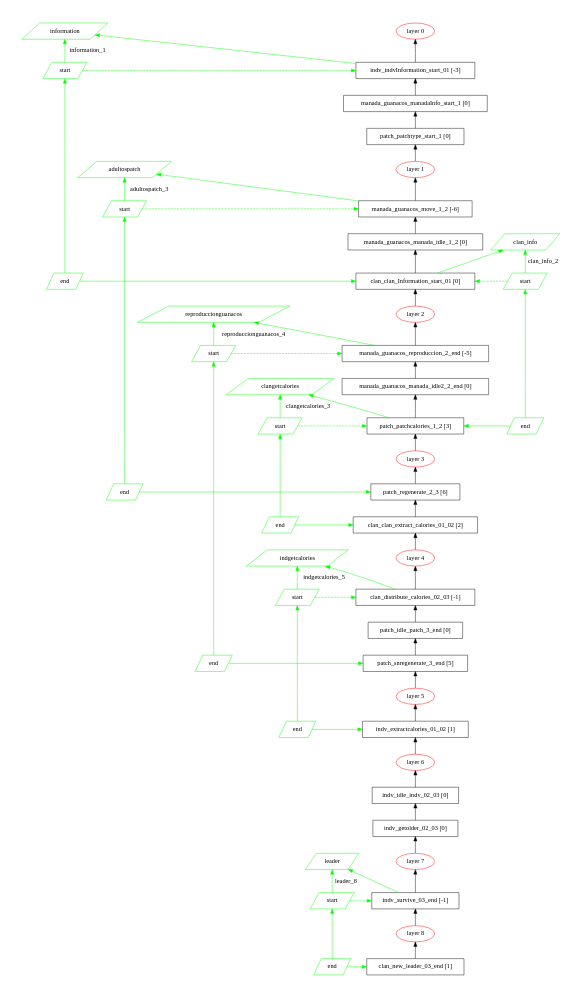
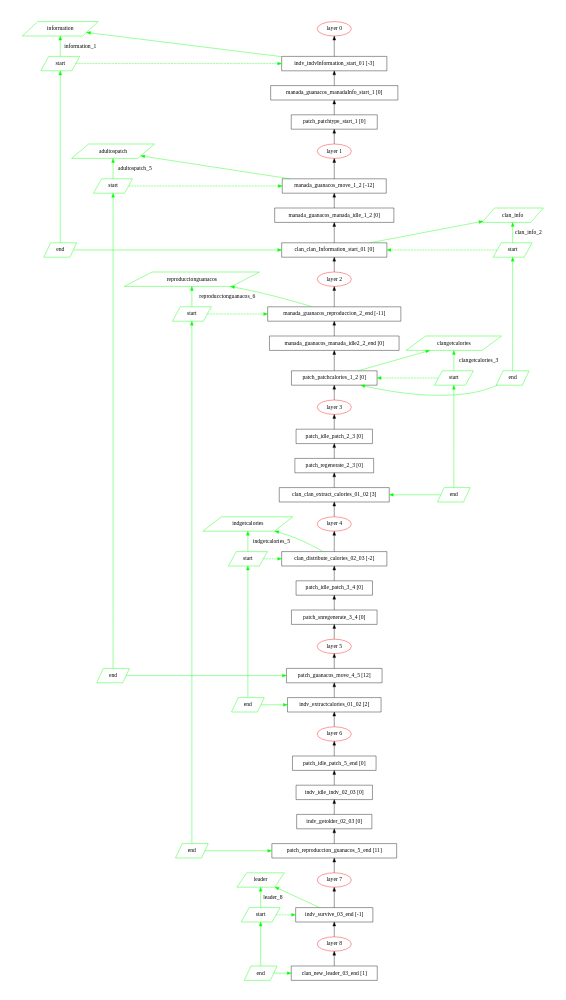
The diagram in process_order_graph.dot (andresroro/patagonia), drawn with Graphviz before and after one commit. The commit also changed 32 other files, not shown here.

```diff
--- a/process_order_graph.dot
+++ b/process_order_graph.dot
@@ -1,129 +1,137 @@
 digraph communication_graph {
 	rankdir=BT;
 	size="8,5;"
 	layer_0 [ color="#ff0000" label="layer 0"];
 	indv_indvInformation_start_01 [ shape = rect label="indv_indvInformation_start_01 [-3]" ];
 	indv_indvInformation_start_01 -> layer_0;
 	manada_guanacos_manadaInfo_start_1 [ shape = rect label="manada_guanacos_manadaInfo_start_1 [0]" ];
 	manada_guanacos_manadaInfo_start_1 -> indv_indvInformation_start_01;
 	patch_patchtype_start_1 [ shape = rect label="patch_patchtype_start_1 [0]" ];
 	patch_patchtype_start_1 -> manada_guanacos_manadaInfo_start_1;
 	layer_1 [ color="#ff0000" label="layer 1"];
 	layer_1 ->patch_patchtype_start_1;
-	manada_guanacos_move_1_2 [ shape = rect label="manada_guanacos_move_1_2 [-6]" ];
+	manada_guanacos_move_1_2 [ shape = rect label="manada_guanacos_move_1_2 [-12]" ];
 	manada_guanacos_move_1_2 -> layer_1;
 	manada_guanacos_manada_idle_1_2 [ shape = rect label="manada_guanacos_manada_idle_1_2 [0]" ];
 	manada_guanacos_manada_idle_1_2 -> manada_guanacos_move_1_2;
 	clan_clan_Information_start_01 [ shape = rect label="clan_clan_Information_start_01 [0]" ];
 	clan_clan_Information_start_01 -> manada_guanacos_manada_idle_1_2;
 	layer_2 [ color="#ff0000" label="layer 2"];
 	layer_2 ->clan_clan_Information_start_01;
-	manada_guanacos_reproduccion_2_end [ shape = rect label="manada_guanacos_reproduccion_2_end [-5]" ];
+	manada_guanacos_reproduccion_2_end [ shape = rect label="manada_guanacos_reproduccion_2_end [-11]" ];
 	manada_guanacos_reproduccion_2_end -> layer_2;
 	manada_guanacos_manada_idle2_2_end [ shape = rect label="manada_guanacos_manada_idle2_2_end [0]" ];
 	manada_guanacos_manada_idle2_2_end -> manada_guanacos_reproduccion_2_end;
-	patch_patchcalories_1_2 [ shape = rect label="patch_patchcalories_1_2 [3]" ];
+	patch_patchcalories_1_2 [ shape = rect label="patch_patchcalories_1_2 [0]" ];
 	patch_patchcalories_1_2 -> manada_guanacos_manada_idle2_2_end;
 	layer_3 [ color="#ff0000" label="layer 3"];
 	layer_3 ->patch_patchcalories_1_2;
-	patch_regenerate_2_3 [ shape = rect label="patch_regenerate_2_3 [6]" ];
-	patch_regenerate_2_3 -> layer_3;
-	clan_clan_extract_calories_01_02 [ shape = rect label="clan_clan_extract_calories_01_02 [2]" ];
+	patch_idle_patch_2_3 [ shape = rect label="patch_idle_patch_2_3 [0]" ];
+	patch_idle_patch_2_3 -> layer_3;
+	patch_regenerate_2_3 [ shape = rect label="patch_regenerate_2_3 [0]" ];
+	patch_regenerate_2_3 -> patch_idle_patch_2_3;
+	clan_clan_extract_calories_01_02 [ shape = rect label="clan_clan_extract_calories_01_02 [3]" ];
 	clan_clan_extract_calories_01_02 -> patch_regenerate_2_3;
 	layer_4 [ color="#ff0000" label="layer 4"];
 	layer_4 ->clan_clan_extract_calories_01_02;
-	clan_distribute_calories_02_03 [ shape = rect label="clan_distribute_calories_02_03 [-1]" ];
+	clan_distribute_calories_02_03 [ shape = rect label="clan_distribute_calories_02_03 [-2]" ];
 	clan_distribute_calories_02_03 -> layer_4;
-	patch_idle_patch_3_end [ shape = rect label="patch_idle_patch_3_end [0]" ];
-	patch_idle_patch_3_end -> clan_distribute_calories_02_03;
-	patch_snregenerate_3_end [ shape = rect label="patch_snregenerate_3_end [5]" ];
-	patch_snregenerate_3_end -> patch_idle_patch_3_end;
+	patch_idle_patch_3_4 [ shape = rect label="patch_idle_patch_3_4 [0]" ];
+	patch_idle_patch_3_4 -> clan_distribute_calories_02_03;
+	patch_snregenerate_3_4 [ shape = rect label="patch_snregenerate_3_4 [0]" ];
+	patch_snregenerate_3_4 -> patch_idle_patch_3_4;
 	layer_5 [ color="#ff0000" label="layer 5"];
-	layer_5 ->patch_snregenerate_3_end;
-	indv_extractcalories_01_02 [ shape = rect label="indv_extractcalories_01_02 [1]" ];
-	indv_extractcalories_01_02 -> layer_5;
+	layer_5 ->patch_snregenerate_3_4;
+	patch_guanacos_move_4_5 [ shape = rect label="patch_guanacos_move_4_5 [12]" ];
+	patch_guanacos_move_4_5 -> layer_5;
+	indv_extractcalories_01_02 [ shape = rect label="indv_extractcalories_01_02 [2]" ];
+	indv_extractcalories_01_02 -> patch_guanacos_move_4_5;
 	layer_6 [ color="#ff0000" label="layer 6"];
 	layer_6 ->indv_extractcalories_01_02;
+	patch_idle_patch_5_end [ shape = rect label="patch_idle_patch_5_end [0]" ];
+	patch_idle_patch_5_end -> layer_6;
 	indv_idle_indv_02_03 [ shape = rect label="indv_idle_indv_02_03 [0]" ];
-	indv_idle_indv_02_03 -> layer_6;
+	indv_idle_indv_02_03 -> patch_idle_patch_5_end;
 	indv_getolder_02_03 [ shape = rect label="indv_getolder_02_03 [0]" ];
 	indv_getolder_02_03 -> indv_idle_indv_02_03;
+	patch_reproduccion_guanacos_5_end [ shape = rect label="patch_reproduccion_guanacos_5_end [11]" ];
+	patch_reproduccion_guanacos_5_end -> indv_getolder_02_03;
 	layer_7 [ color="#ff0000" label="layer 7"];
-	layer_7 ->indv_getolder_02_03;
+	layer_7 ->patch_reproduccion_guanacos_5_end;
 	indv_survive_03_end [ shape = rect label="indv_survive_03_end [-1]" ];
 	indv_survive_03_end -> layer_7;
 	layer_8 [ color="#ff0000" label="layer 8"];
 	layer_8 ->indv_survive_03_end;
 	clan_new_leader_03_end [ shape = rect label="clan_new_leader_03_end [1]" ];
 	clan_new_leader_03_end -> layer_8;
 	information_message [ label = "information" color="#00ff00" shape = parallelogram];
 	information_message_sync_start_0 [ label = "start" color="#00ff00" shape = parallelogram];
 	information_message_sync_start_0 -> information_message [ color="#00ff00" label="information_1"];
 	{ rank=same; indv_indvInformation_start_01; information_message_sync_start_0; }
 	information_message_sync_end_0 [ label = "end" color="#00ff00" shape = parallelogram];
 	information_message_sync_end_0 -> information_message_sync_start_0 [ color="#00ff00" ];
 	information_message_sync_end_0 -> clan_clan_Information_start_01 [ color="#00ff00" constraint=false ];
 	information_message_sync_start_0 -> indv_indvInformation_start_01 [ color="#00ff00", constraint=false, style=dashed ];
 	{ rank=same; clan_clan_Information_start_01; information_message_sync_end_0; }
 	indgetcalories_message [ label = "indgetcalories" color="#00ff00" shape = parallelogram];
 	indgetcalories_message_sync_start_0 [ label = "start" color="#00ff00" shape = parallelogram];
 	indgetcalories_message_sync_start_0 -> indgetcalories_message [ color="#00ff00" label="indgetcalories_5"];
 	{ rank=same; clan_distribute_calories_02_03; indgetcalories_message_sync_start_0; }
 	indgetcalories_message_sync_end_0 [ label = "end" color="#00ff00" shape = parallelogram];
 	indgetcalories_message_sync_end_0 -> indgetcalories_message_sync_start_0 [ color="#00ff00" ];
 	indgetcalories_message_sync_end_0 -> indv_extractcalories_01_02 [ color="#00ff00" constraint=false ];
 	indgetcalories_message_sync_start_0 -> clan_distribute_calories_02_03 [ color="#00ff00", constraint=false, style=dashed ];
 	{ rank=same; indv_extractcalories_01_02; indgetcalories_message_sync_end_0; }
 	leader_message [ label = "leader" color="#00ff00" shape = parallelogram];
 	leader_message_sync_start_0 [ label = "start" color="#00ff00" shape = parallelogram];
 	leader_message_sync_start_0 -> leader_message [ color="#00ff00" label="leader_8"];
 	{ rank=same; indv_survive_03_end; leader_message_sync_start_0; }
 	leader_message_sync_end_0 [ label = "end" color="#00ff00" shape = parallelogram];
 	leader_message_sync_end_0 -> leader_message_sync_start_0 [ color="#00ff00" ];
 	leader_message_sync_end_0 -> clan_new_leader_03_end [ color="#00ff00" constraint=false ];
 	leader_message_sync_start_0 -> indv_survive_03_end [ color="#00ff00", constraint=false, style=dashed ];
 	{ rank=same; clan_new_leader_03_end; leader_message_sync_end_0; }
 	clan_info_message [ label = "clan_info" color="#00ff00" shape = parallelogram];
 	clan_info_message_sync_start_0 [ label = "start" color="#00ff00" shape = parallelogram];
 	clan_info_message_sync_start_0 -> clan_info_message [ color="#00ff00" label="clan_info_2"];
 	{ rank=same; clan_clan_Information_start_01; clan_info_message_sync_start_0; }
 	clan_info_message_sync_end_0 [ label = "end" color="#00ff00" shape = parallelogram];
 	clan_info_message_sync_end_0 -> clan_info_message_sync_start_0 [ color="#00ff00" ];
 	clan_info_message_sync_end_0 -> patch_patchcalories_1_2 [ color="#00ff00" constraint=false ];
 	clan_info_message_sync_start_0 -> clan_clan_Information_start_01 [ color="#00ff00", constraint=false, style=dashed ];
 	{ rank=same; patch_patchcalories_1_2; clan_info_message_sync_end_0; }
 	clangetcalories_message [ label = "clangetcalories" color="#00ff00" shape = parallelogram];
 	clangetcalories_message_sync_start_0 [ label = "start" color="#00ff00" shape = parallelogram];
 	clangetcalories_message_sync_start_0 -> clangetcalories_message [ color="#00ff00" label="clangetcalories_3"];
 	{ rank=same; patch_patchcalories_1_2; clangetcalories_message_sync_start_0; }
 	clangetcalories_message_sync_end_0 [ label = "end" color="#00ff00" shape = parallelogram];
 	clangetcalories_message_sync_end_0 -> clangetcalories_message_sync_start_0 [ color="#00ff00" ];
 	clangetcalories_message_sync_end_0 -> clan_clan_extract_calories_01_02 [ color="#00ff00" constraint=false ];
 	clangetcalories_message_sync_start_0 -> patch_patchcalories_1_2 [ color="#00ff00", constraint=false, style=dashed ];
 	{ rank=same; clan_clan_extract_calories_01_02; clangetcalories_message_sync_end_0; }
 	adultospatch_message [ label = "adultospatch" color="#00ff00" shape = parallelogram];
 	adultospatch_message_sync_start_0 [ label = "start" color="#00ff00" shape = parallelogram];
-	adultospatch_message_sync_start_0 -> adultospatch_message [ color="#00ff00" label="adultospatch_3"];
+	adultospatch_message_sync_start_0 -> adultospatch_message [ color="#00ff00" label="adultospatch_5"];
 	{ rank=same; manada_guanacos_move_1_2; adultospatch_message_sync_start_0; }
 	adultospatch_message_sync_end_0 [ label = "end" color="#00ff00" shape = parallelogram];
 	adultospatch_message_sync_end_0 -> adultospatch_message_sync_start_0 [ color="#00ff00" ];
-	adultospatch_message_sync_end_0 -> patch_regenerate_2_3 [ color="#00ff00" constraint=false ];
+	adultospatch_message_sync_end_0 -> patch_guanacos_move_4_5 [ color="#00ff00" constraint=false ];
 	adultospatch_message_sync_start_0 -> manada_guanacos_move_1_2 [ color="#00ff00", constraint=false, style=dashed ];
-	{ rank=same; patch_regenerate_2_3; adultospatch_message_sync_end_0; }
+	{ rank=same; patch_guanacos_move_4_5; adultospatch_message_sync_end_0; }
 	reproduccionguanacos_message [ label = "reproduccionguanacos" color="#00ff00" shape = parallelogram];
 	reproduccionguanacos_message_sync_start_0 [ label = "start" color="#00ff00" shape = parallelogram];
-	reproduccionguanacos_message_sync_start_0 -> reproduccionguanacos_message [ color="#00ff00" label="reproduccionguanacos_4"];
+	reproduccionguanacos_message_sync_start_0 -> reproduccionguanacos_message [ color="#00ff00" label="reproduccionguanacos_6"];
 	{ rank=same; manada_guanacos_reproduccion_2_end; reproduccionguanacos_message_sync_start_0; }
 	reproduccionguanacos_message_sync_end_0 [ label = "end" color="#00ff00" shape = parallelogram];
 	reproduccionguanacos_message_sync_end_0 -> reproduccionguanacos_message_sync_start_0 [ color="#00ff00" ];
-	reproduccionguanacos_message_sync_end_0 -> patch_snregenerate_3_end [ color="#00ff00" constraint=false ];
+	reproduccionguanacos_message_sync_end_0 -> patch_reproduccion_guanacos_5_end [ color="#00ff00" constraint=false ];
 	reproduccionguanacos_message_sync_start_0 -> manada_guanacos_reproduccion_2_end [ color="#00ff00", constraint=false, style=dashed ];
-	{ rank=same; patch_snregenerate_3_end; reproduccionguanacos_message_sync_end_0; }
+	{ rank=same; patch_reproduccion_guanacos_5_end; reproduccionguanacos_message_sync_end_0; }
 	indv_indvInformation_start_01 -> information_message [ color="#00ff00" constraint=false ];
 	indv_survive_03_end -> leader_message [ color="#00ff00" constraint=false ];
 	clan_clan_Information_start_01 -> clan_info_message [ color="#00ff00" constraint=false ];
 	clan_distribute_calories_02_03 -> indgetcalories_message [ color="#00ff00" constraint=false ];
 	patch_patchcalories_1_2 -> clangetcalories_message [ color="#00ff00" constraint=false ];
 	manada_guanacos_move_1_2 -> adultospatch_message [ color="#00ff00" constraint=false ];
 	manada_guanacos_reproduccion_2_end -> reproduccionguanacos_message [ color="#00ff00" constraint=false ];
 }
```
